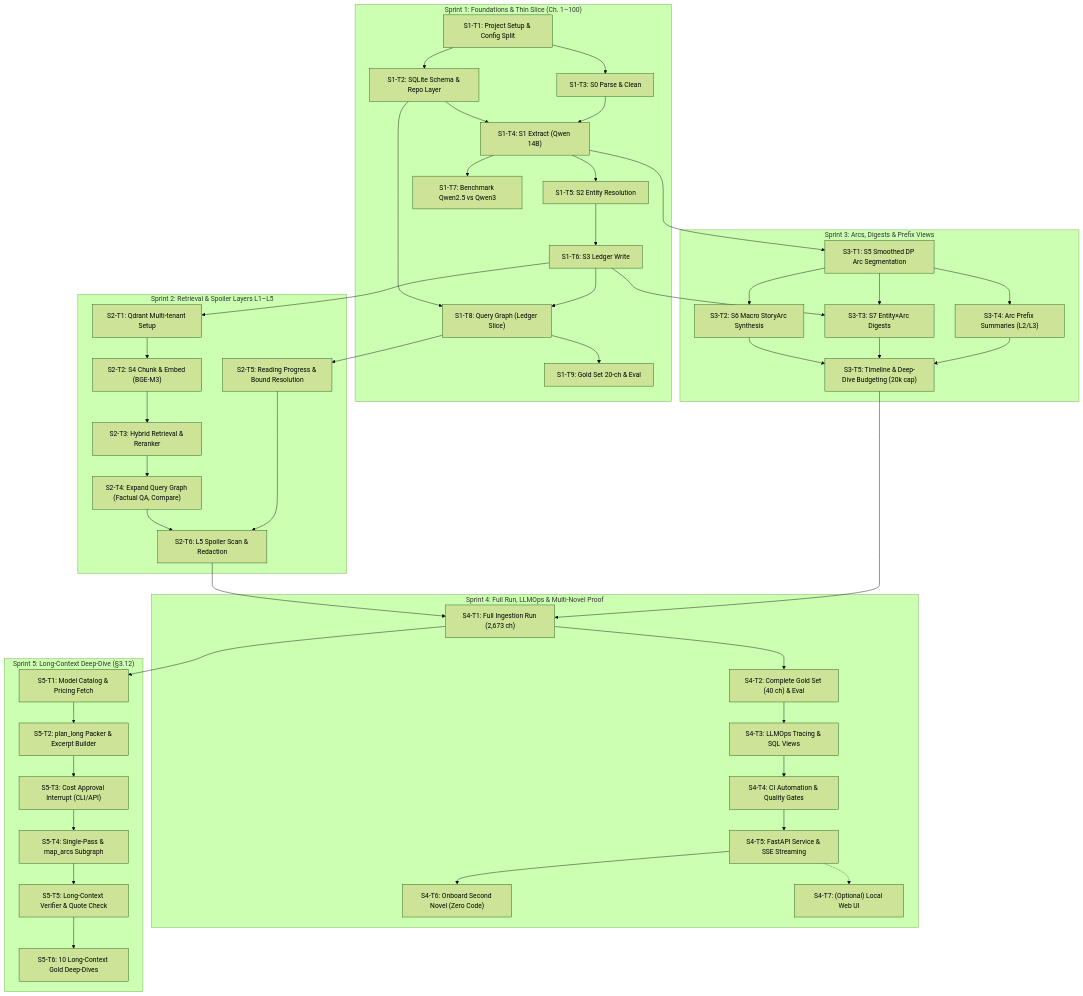
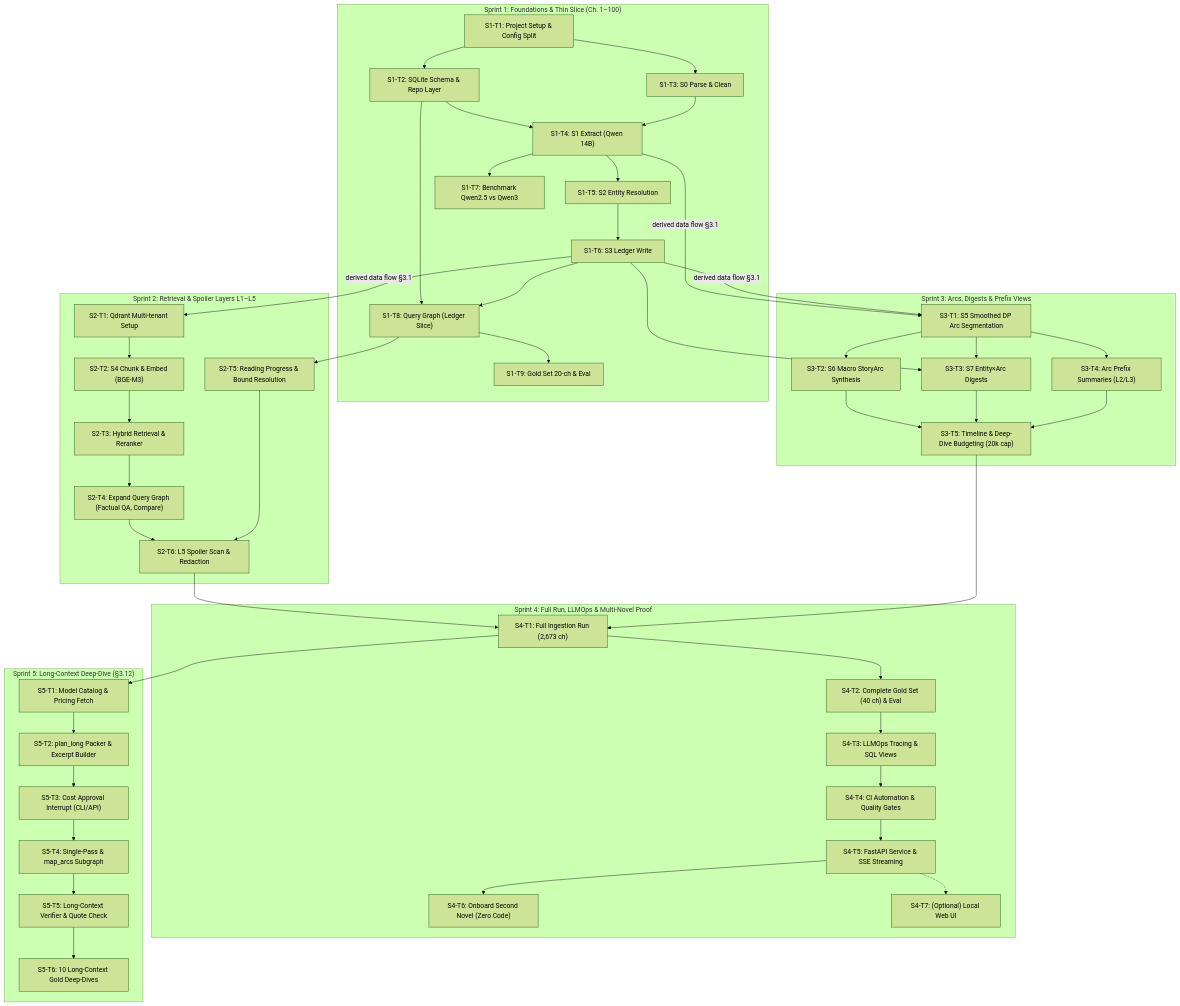
One commit to xhuyvn/xian_agent changed the diagram in docs/IMPLEMENTATION_PLAN.md. Above: the diagram before and after it, drawn with Mermaid (forest theme). The commit also changed other lines of this file, not shown here.

````diff
--- a/docs/IMPLEMENTATION_PLAN.md
+++ b/docs/IMPLEMENTATION_PLAN.md
@@ -57,49 +61,49 @@
 ```mermaid
 flowchart TD
     subgraph Sprint1["Sprint 1: Foundations & Thin Slice (Ch. 1–100)"]
         S1_T1["S1-T1: Project Setup & Config Split"] --> S1_T2["S1-T2: SQLite Schema & Repo Layer"]
         S1_T1 --> S1_T3["S1-T3: S0 Parse & Clean"]
         S1_T2 & S1_T3 --> S1_T4["S1-T4: S1 Extract (Qwen 14B)"]
         S1_T4 --> S1_T5["S1-T5: S2 Entity Resolution"]
         S1_T5 --> S1_T6["S1-T6: S3 Ledger Write"]
         S1_T4 --> S1_T7["S1-T7: Benchmark Qwen2.5 vs Qwen3"]
         S1_T2 & S1_T6 --> S1_T8["S1-T8: Query Graph (Ledger Slice)"]
         S1_T8 --> S1_T9["S1-T9: Gold Set 20-ch & Eval"]
     end
 
     subgraph Sprint2["Sprint 2: Retrieval & Spoiler Layers L1–L5"]
-        S1_T6 --> S2_T1["S2-T1: Qdrant Multi-tenant Setup"]
+        S1_T6 -->|derived data flow §3.1| S2_T1["S2-T1: Qdrant Multi-tenant Setup"]
         S2_T1 --> S2_T2["S2-T2: S4 Chunk & Embed (BGE-M3)"]
         S2_T2 --> S2_T3["S2-T3: Hybrid Retrieval & Reranker"]
         S2_T3 --> S2_T4["S2-T4: Expand Query Graph (Factual QA, Compare)"]
         S1_T8 --> S2_T5["S2-T5: Reading Progress & Bound Resolution"]
         S2_T4 & S2_T5 --> S2_T6["S2-T6: L5 Spoiler Scan & Redaction"]
     end
 
     subgraph Sprint3["Sprint 3: Arcs, Digests & Prefix Views"]
-        S1_T4 --> S3_T1["S3-T1: S5 Smoothed DP Arc Segmentation"]
+        S1_T4 & S1_T6 -->|derived data flow §3.1| S3_T1["S3-T1: S5 Smoothed DP Arc Segmentation"]
         S3_T1 --> S3_T2["S3-T2: S6 Macro StoryArc Synthesis"]
         S1_T6 & S3_T1 --> S3_T3["S3-T3: S7 Entity×Arc Digests"]
         S3_T1 --> S3_T4["S3-T4: Arc Prefix Summaries (L2/L3)"]
         S3_T2 & S3_T3 & S3_T4 --> S3_T5["S3-T5: Timeline & Deep-Dive Budgeting (20k cap)"]
     end
 
     subgraph Sprint4["Sprint 4: Full Run, LLMOps & Multi-Novel Proof"]
         S2_T6 & S3_T5 --> S4_T1["S4-T1: Full Ingestion Run (2,673 ch)"]
         S4_T1 --> S4_T2["S4-T2: Complete Gold Set (40 ch) & Eval"]
         S4_T2 --> S4_T3["S4-T3: LLMOps Tracing & SQL Views"]
         S4_T3 --> S4_T4["S4-T4: CI Automation & Quality Gates"]
         S4_T4 --> S4_T5["S4-T5: FastAPI Service & SSE Streaming"]
         S4_T5 --> S4_T6["S4-T6: Onboard Second Novel (Zero Code)"]
         S4_T5 -.-> S4_T7["S4-T7: (Optional) Local Web UI"]
     end
 
     subgraph Sprint5["Sprint 5: Long-Context Deep-Dive (§3.12)"]
         S4_T1 --> S5_T1["S5-T1: Model Catalog & Pricing Fetch"]
         S5_T1 --> S5_T2["S5-T2: plan_long Packer & Excerpt Builder"]
         S5_T2 --> S5_T3["S5-T3: Cost Approval Interrupt (CLI/API)"]
         S5_T3 --> S5_T4["S5-T4: Single-Pass & map_arcs Subgraph"]
         S5_T4 --> S5_T5["S5-T5: Long-Context Verifier & Quote Check"]
         S5_T5 --> S5_T6["S5-T6: 10 Long-Context Gold Deep-Dives"]
     end
 ```
````
